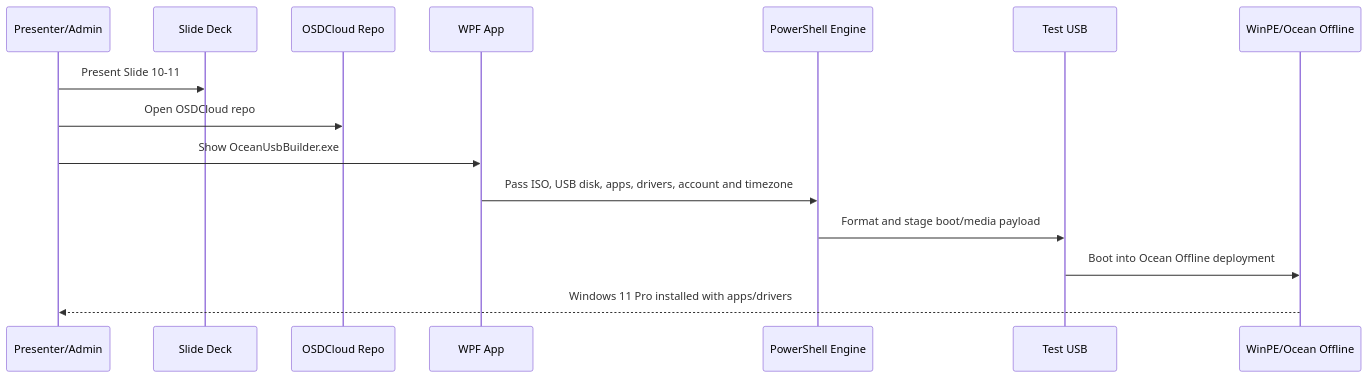
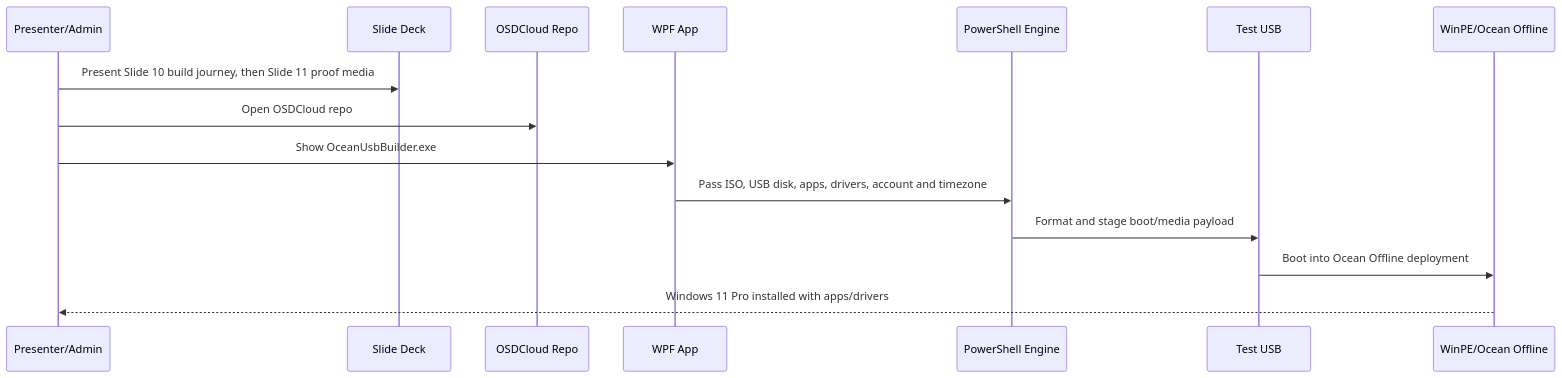
Before and after one commit to Kyo93/AI-Showcase: the second of 2 diagrams in docs/data-flow.md, drawn with Mermaid. The commit also changed other lines of this file and 44 other files, not shown here.

Commit message:
feat: refine slide deck: cinematic cover, survey command center, Adam thanks slide, GSAP motion system, demo proof media, and style cleanup

````diff
--- a/docs/data-flow.md
+++ b/docs/data-flow.md
@@ -33,18 +33,18 @@
 ```mermaid
 sequenceDiagram
     participant P as Presenter/Admin
     participant Deck as Slide Deck
     participant Repo as OSDCloud Repo
     participant App as WPF App
     participant Engine as PowerShell Engine
     participant USB as Test USB
     participant WinPE as WinPE/Ocean Offline
 
-    P->>Deck: Present Slide 10-11
+    P->>Deck: Present Slide 10 build journey, then Slide 11 proof media
     P->>Repo: Open OSDCloud repo
     P->>App: Show OceanUsbBuilder.exe
     App->>Engine: Pass ISO, USB disk, apps, drivers, account and timezone
     Engine->>USB: Format and stage boot/media payload
     USB->>WinPE: Boot into Ocean Offline deployment
     WinPE-->>P: Windows 11 Pro installed with apps/drivers
 ```
````
